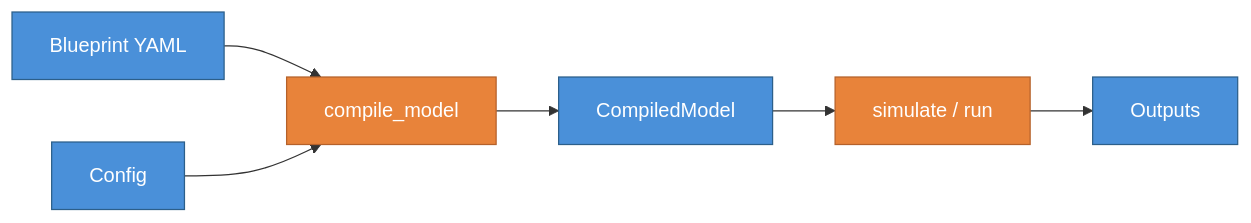
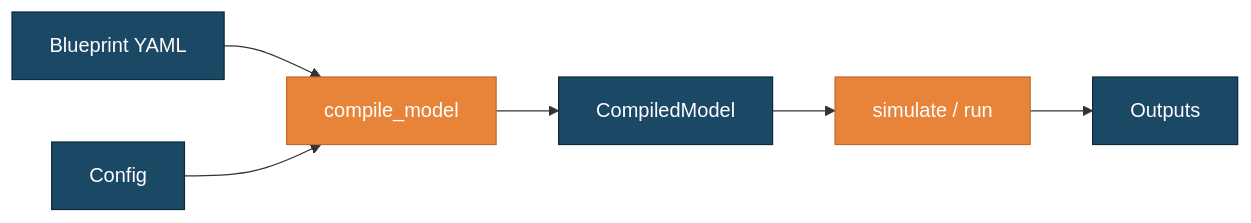
The first of 3 diagrams in README.md (Ash12H/SeapoPym-JAX), drawn with Mermaid before and after one commit. The commit also changed other lines of this file and 15 other files, not shown here.

````diff
--- a/README.md
+++ b/README.md
@@ -39,15 +39,15 @@
 ```mermaid
 graph LR
     A[Blueprint YAML] --> C[compile_model]
     B[Config] --> C
     C --> D[CompiledModel]
     D --> E[simulate / run]
     E --> F[Outputs]
 
-    style A fill:#4a90d9,stroke:#2c5f8a,color:#fff
-    style B fill:#4a90d9,stroke:#2c5f8a,color:#fff
-    style D fill:#4a90d9,stroke:#2c5f8a,color:#fff
-    style F fill:#4a90d9,stroke:#2c5f8a,color:#fff
-    style C fill:#e8833a,stroke:#b5612a,color:#fff
-    style E fill:#e8833a,stroke:#b5612a,color:#fff
+    style A fill:#1b4965,stroke:#0d2b3e,color:#fff
+    style B fill:#1b4965,stroke:#0d2b3e,color:#fff
+    style D fill:#1b4965,stroke:#0d2b3e,color:#fff
+    style F fill:#1b4965,stroke:#0d2b3e,color:#fff
+    style C fill:#e8833a,stroke:#c06a2a,color:#fff
+    style E fill:#e8833a,stroke:#c06a2a,color:#fff
 ```
````
